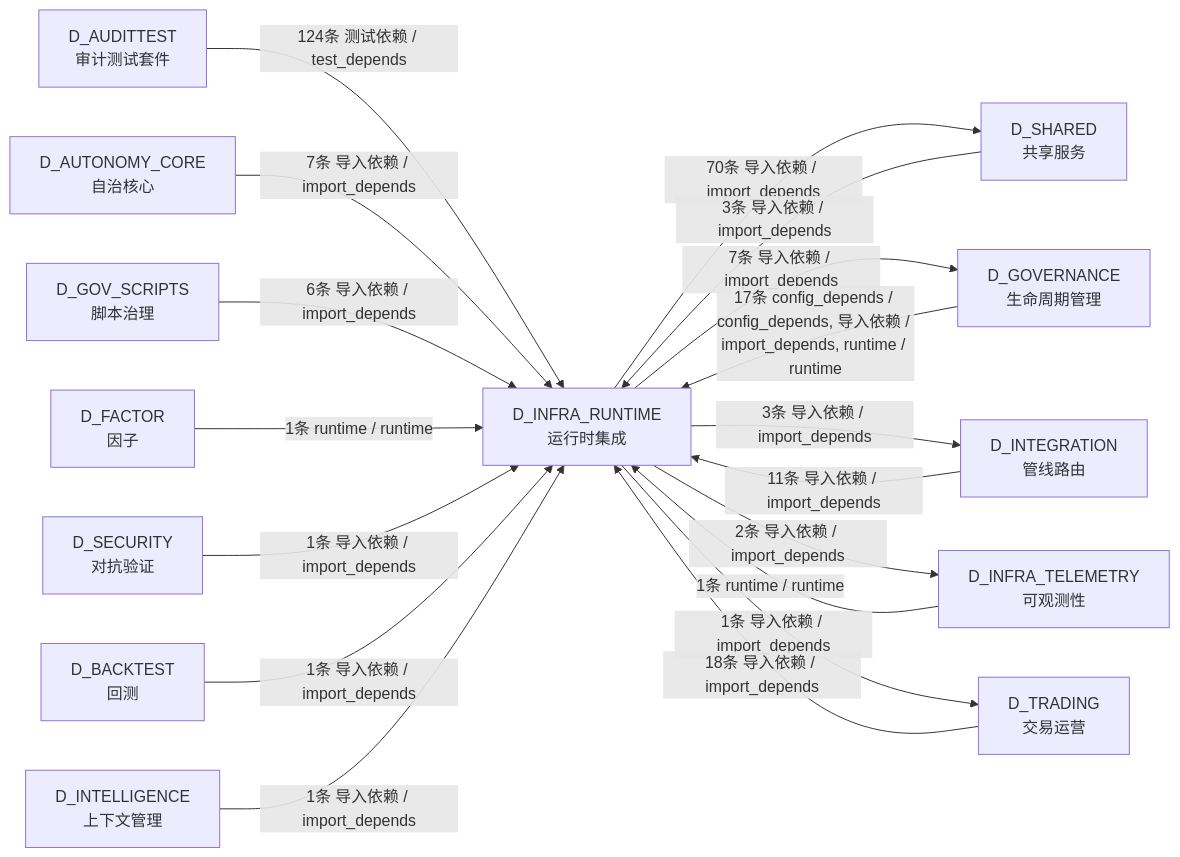
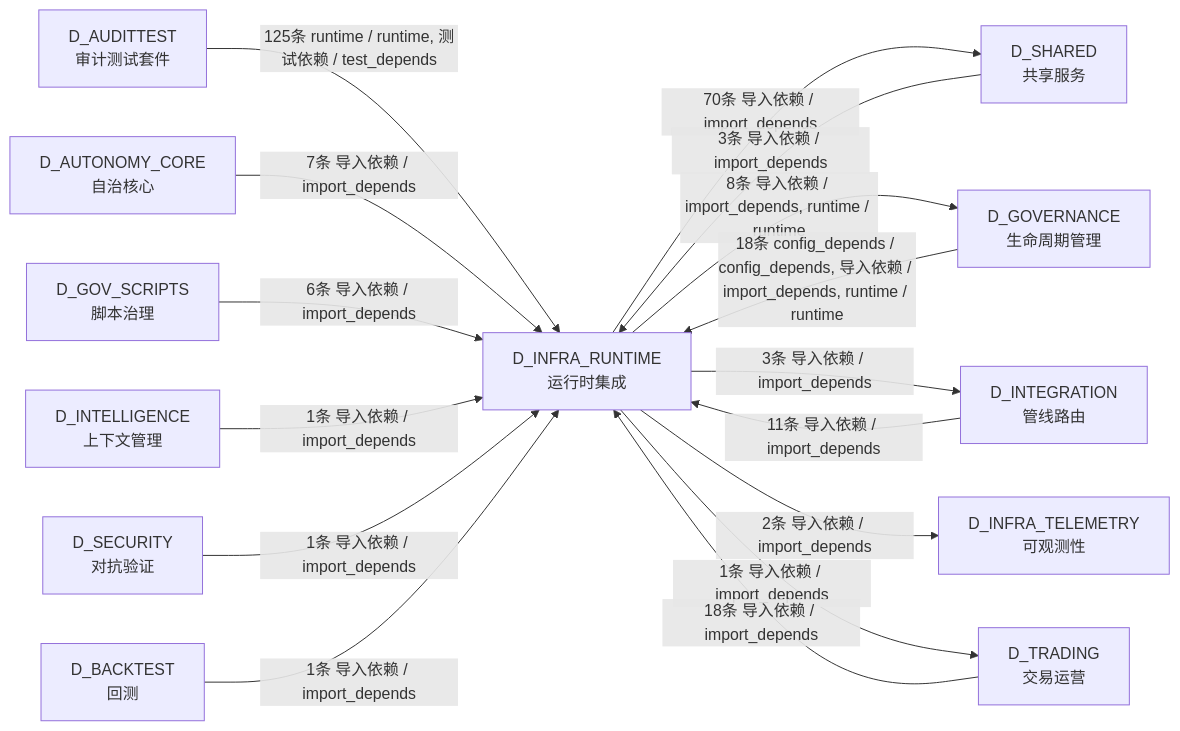
Before and after one commit to xuanFelixVan/ZephyrAlpha: the eighth of 8 diagrams in docs/02_enterprise_architecture/02_domain_architecture_docs/04_d_infra_runtime.md, drawn with Mermaid. The commit also changed other lines of this file and 100 other files, not shown here.

````diff
--- a/docs/02_enterprise_architecture/02_domain_architecture_docs/04_d_infra_runtime.md
+++ b/docs/02_enterprise_architecture/02_domain_architecture_docs/04_d_infra_runtime.md
@@ -1260,33 +1263,30 @@
 ```mermaid
 graph LR
     D_INFRA_RUNTIME["D_INFRA_RUNTIME<br/>运行时集成"]
     D_SHARED["D_SHARED<br/>共享服务"]
     D_GOVERNANCE["D_GOVERNANCE<br/>生命周期管理"]
     D_INTEGRATION["D_INTEGRATION<br/>管线路由"]
     D_INFRA_TELEMETRY["D_INFRA_TELEMETRY<br/>可观测性"]
     D_TRADING["D_TRADING<br/>交易运营"]
     D_AUDITTEST["D_AUDITTEST<br/>审计测试套件"]
     D_AUTONOMY_CORE["D_AUTONOMY_CORE<br/>自治核心"]
     D_GOV_SCRIPTS["D_GOV_SCRIPTS<br/>脚本治理"]
-    D_FACTOR["D_FACTOR<br/>因子"]
+    D_INTELLIGENCE["D_INTELLIGENCE<br/>上下文管理"]
     D_SECURITY["D_SECURITY<br/>对抗验证"]
     D_BACKTEST["D_BACKTEST<br/>回测"]
-    D_INTELLIGENCE["D_INTELLIGENCE<br/>上下文管理"]
     D_INFRA_RUNTIME -->|70条 导入依赖 / import_depends| D_SHARED
-    D_INFRA_RUNTIME -->|7条 导入依赖 / import_depends| D_GOVERNANCE
+    D_INFRA_RUNTIME -->|8条 导入依赖 / import_depends, runtime / runtime| D_GOVERNANCE
     D_INFRA_RUNTIME -->|3条 导入依赖 / import_depends| D_INTEGRATION
     D_INFRA_RUNTIME -->|2条 导入依赖 / import_depends| D_INFRA_TELEMETRY
     D_INFRA_RUNTIME -->|1条 导入依赖 / import_depends| D_TRADING
-    D_AUDITTEST -->|124条 测试依赖 / test_depends| D_INFRA_RUNTIME
+    D_AUDITTEST -->|125条 runtime / runtime, 测试依赖 / test_depends| D_INFRA_RUNTIME
     D_TRADING -->|18条 导入依赖 / import_depends| D_INFRA_RUNTIME
-    D_GOVERNANCE -->|17条 config_depends / config_depends, 导入依赖 / import_depends, runtime / runtime| D_INFRA_RUNTIME
+    D_GOVERNANCE -->|18条 config_depends / config_depends, 导入依赖 / import_depends, runtime / runtime| D_INFRA_RUNTIME
     D_INTEGRATION -->|11条 导入依赖 / import_depends| D_INFRA_RUNTIME
     D_AUTONOMY_CORE -->|7条 导入依赖 / import_depends| D_INFRA_RUNTIME
     D_GOV_SCRIPTS -->|6条 导入依赖 / import_depends| D_INFRA_RUNTIME
     D_SHARED -->|3条 导入依赖 / import_depends| D_INFRA_RUNTIME
-    D_FACTOR -->|1条 runtime / runtime| D_INFRA_RUNTIME
+    D_INTELLIGENCE -->|1条 导入依赖 / import_depends| D_INFRA_RUNTIME
     D_SECURITY -->|1条 导入依赖 / import_depends| D_INFRA_RUNTIME
     D_BACKTEST -->|1条 导入依赖 / import_depends| D_INFRA_RUNTIME
-    D_INTELLIGENCE -->|1条 导入依赖 / import_depends| D_INFRA_RUNTIME
-    D_INFRA_TELEMETRY -->|1条 runtime / runtime| D_INFRA_RUNTIME
 ```
````
